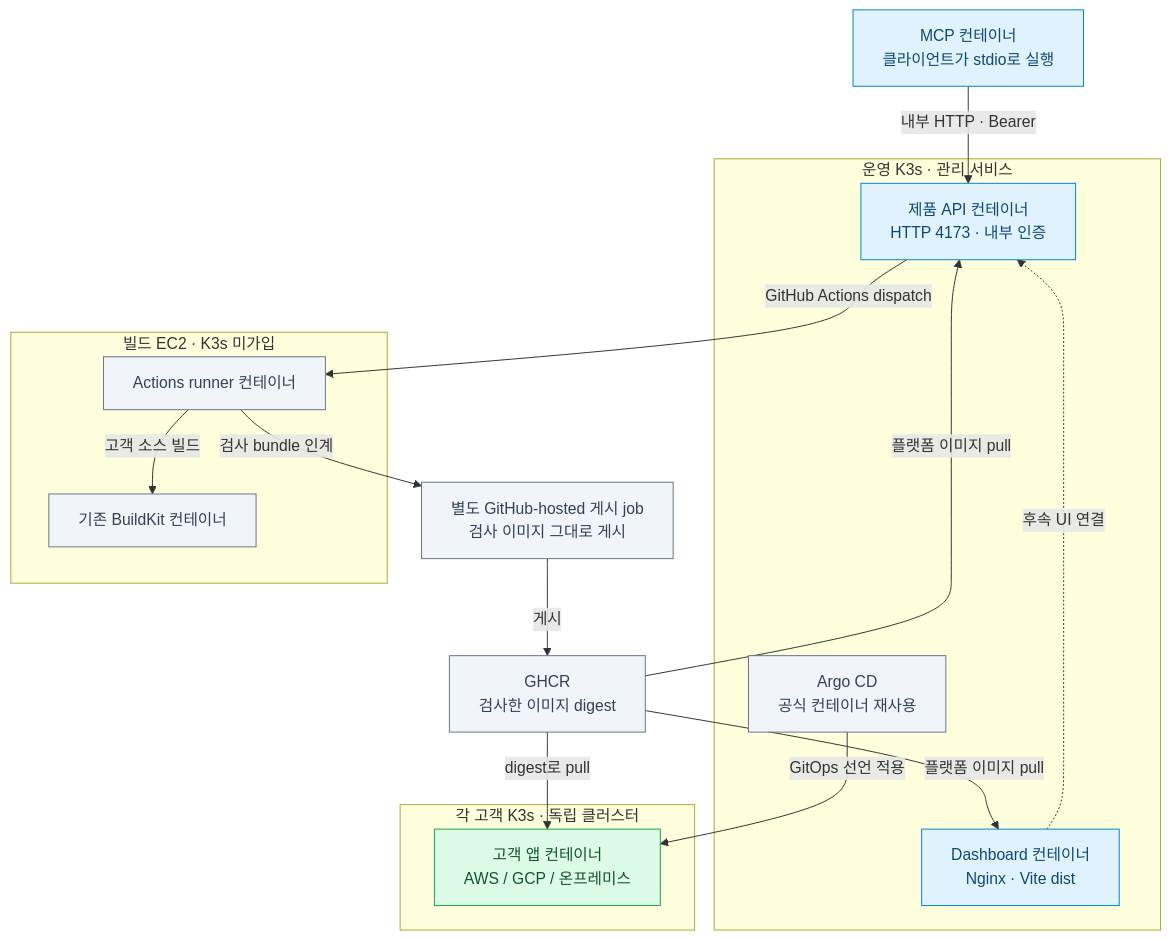
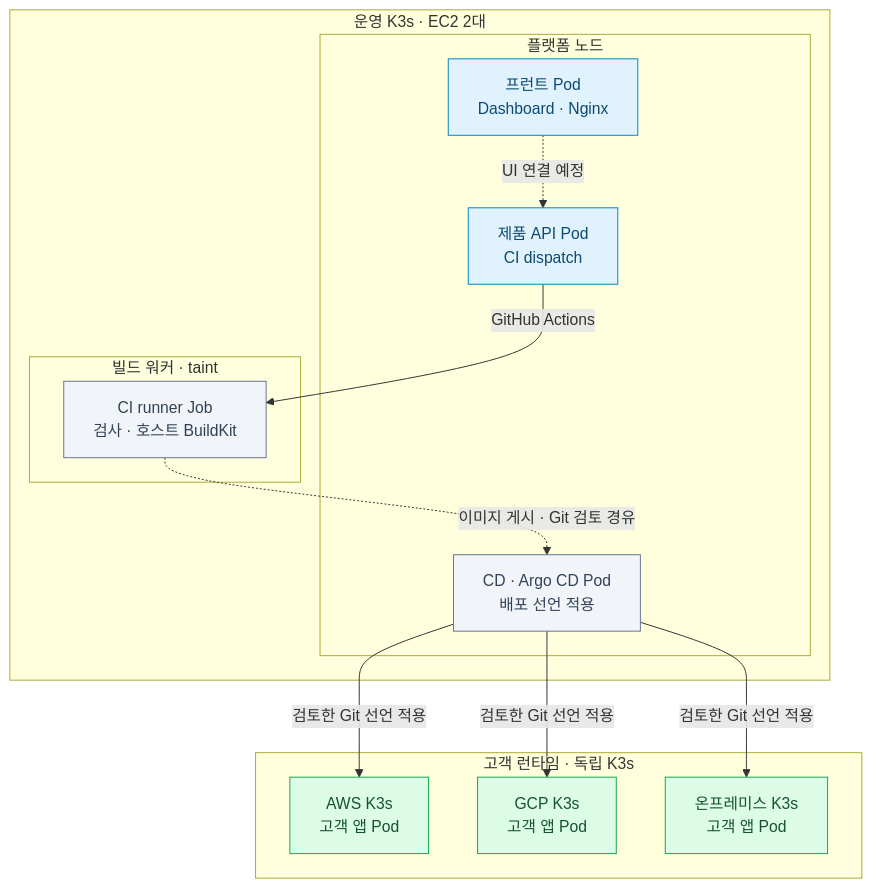
Before and after one commit to Jasmin-Softbank/Railshot: the first of 2 diagrams in docs/architecture/container-deployment.md, drawn with Mermaid. The commit also changed other lines of this file and 15 other files, not shown here.

````diff
--- a/docs/architecture/container-deployment.md
+++ b/docs/architecture/container-deployment.md
@@ -9,34 +11,30 @@
 ```mermaid
 flowchart TB
-  M["MCP 컨테이너<br/>클라이언트가 stdio로 실행"]
-  subgraph OPS["운영 K3s · 관리 서비스"]
-    D["Dashboard 컨테이너<br/>Nginx · Vite dist"]
-    A["제품 API 컨테이너<br/>HTTP 4173 · 내부 인증"]
-    C["Argo CD<br/>공식 컨테이너 재사용"]
+  subgraph OPS["운영 K3s · EC2 2대"]
+    subgraph PLATFORM["플랫폼 노드"]
+      D["프런트 Pod<br/>Dashboard · Nginx"]
+      A["제품 API Pod<br/>CI dispatch"]
+      C["CD · Argo CD Pod<br/>배포 선언 적용"]
+    end
+    subgraph BUILD["빌드 워커 · taint"]
+      R["CI runner Job<br/>검사 · 호스트 BuildKit"]
+    end
+    D -. "UI 연결 예정" .-> A
+    A -->|"GitHub Actions"| R
+    R -. "이미지 게시 · Git 검토 경유" .-> C
   end
-  subgraph CI["빌드 EC2 · K3s 미가입"]
-    R["Actions runner 컨테이너"]
-    K["기존 BuildKit 컨테이너"]
+  subgraph TARGETS["고객 런타임 · 독립 K3s"]
+    AU["AWS K3s<br/>고객 앱 Pod"]
+    GU["GCP K3s<br/>고객 앱 Pod"]
+    OU["온프레미스 K3s<br/>고객 앱 Pod"]
   end
-  P["별도 GitHub-hosted 게시 job<br/>검사 이미지 그대로 게시"]
-  G["GHCR<br/>검사한 이미지 digest"]
-  subgraph TARGET["각 고객 K3s · 독립 클러스터"]
-    U["고객 앱 컨테이너<br/>AWS / GCP / 온프레미스"]
-  end
-  D -. "후속 UI 연결" .-> A
-  M -->|"내부 HTTP · Bearer"| A
-  A -->|"GitHub Actions dispatch"| R
-  R -->|"고객 소스 빌드"| K
-  R -->|"검사 bundle 인계"| P
-  P -->|"게시"| G
-  C -->|"GitOps 선언 적용"| U
-  G -->|"digest로 pull"| U
-  G -->|"플랫폼 이미지 pull"| D
-  G -->|"플랫폼 이미지 pull"| A
+  C -->|"검토한 Git 선언 적용"| AU
+  C -->|"검토한 Git 선언 적용"| GU
+  C -->|"검토한 Git 선언 적용"| OU
   classDef app fill:#e0f2fe,stroke:#0284c7,color:#0c4a6e
   classDef control fill:#f1f5f9,stroke:#64748b,color:#334155
   classDef runtime fill:#dcfce7,stroke:#16a34a,color:#14532d
-  class D,A,M app
-  class C,R,K,P,G control
-  class U runtime
+  class D,A app
+  class C,R control
+  class AU,GU,OU runtime
 ```
````
